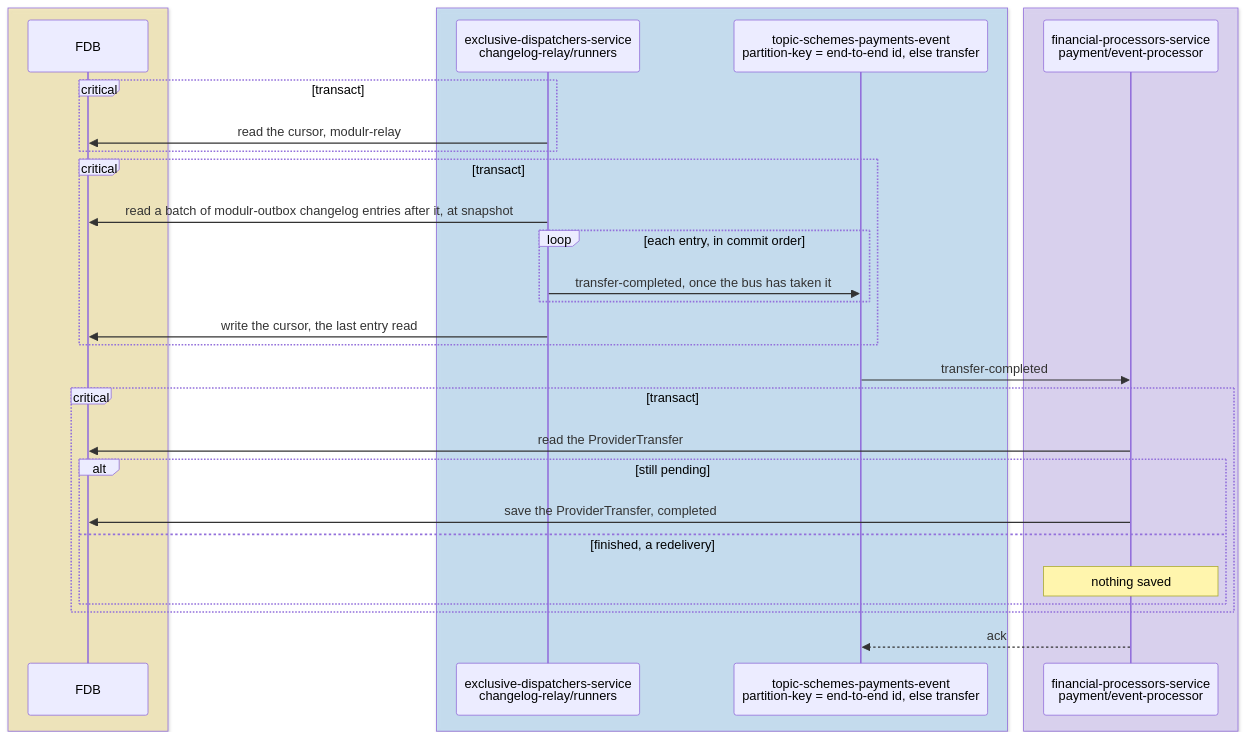
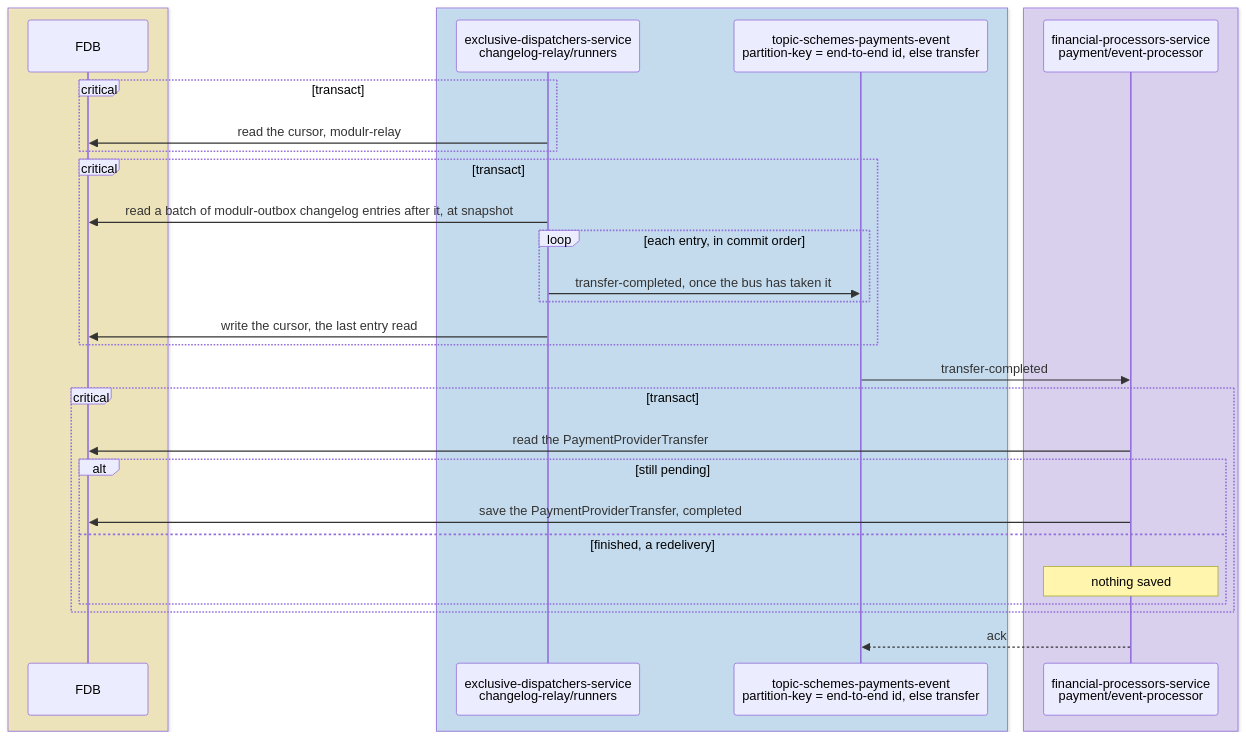
The eighth of 8 diagrams in docs/tdd/payments-internal.md (repldriven/queenswood), drawn with Mermaid before and after one commit. The commit also changed other lines of this file and 1030 other files, not shown here.

````diff
--- a/docs/tdd/payments-internal.md
+++ b/docs/tdd/payments-internal.md
@@ -525,33 +525,33 @@
 ```mermaid
 sequenceDiagram
     box rgba(255, 236, 153, 0.5)
     participant DB as FDB
     end
     box rgba(165, 216, 255, 0.45)
     participant OR as exclusive-dispatchers-service<br/>changelog-relay/runners
     participant SE as topic-schemes-payments-event<br/>partition-key = end-to-end id, else transfer
     end
     box rgba(208, 191, 255, 0.45)
     participant PE as financial-processors-service<br/>payment/event-processor
     end
     critical transact
     OR->>DB: read the cursor, modulr-relay
     end
     critical transact
     OR->>DB: read a batch of modulr-outbox changelog entries after it, at snapshot
     loop each entry, in commit order
     OR->>SE: transfer-completed, once the bus has taken it
     end
     OR->>DB: write the cursor, the last entry read
     end
     SE->>PE: transfer-completed
     critical transact
-    PE->>DB: read the ProviderTransfer
+    PE->>DB: read the PaymentProviderTransfer
     alt still pending
-    PE->>DB: save the ProviderTransfer, completed
+    PE->>DB: save the PaymentProviderTransfer, completed
     else finished, a redelivery
     Note over PE: nothing saved
     end
     end
     PE-->>SE: ack
 ```
````
